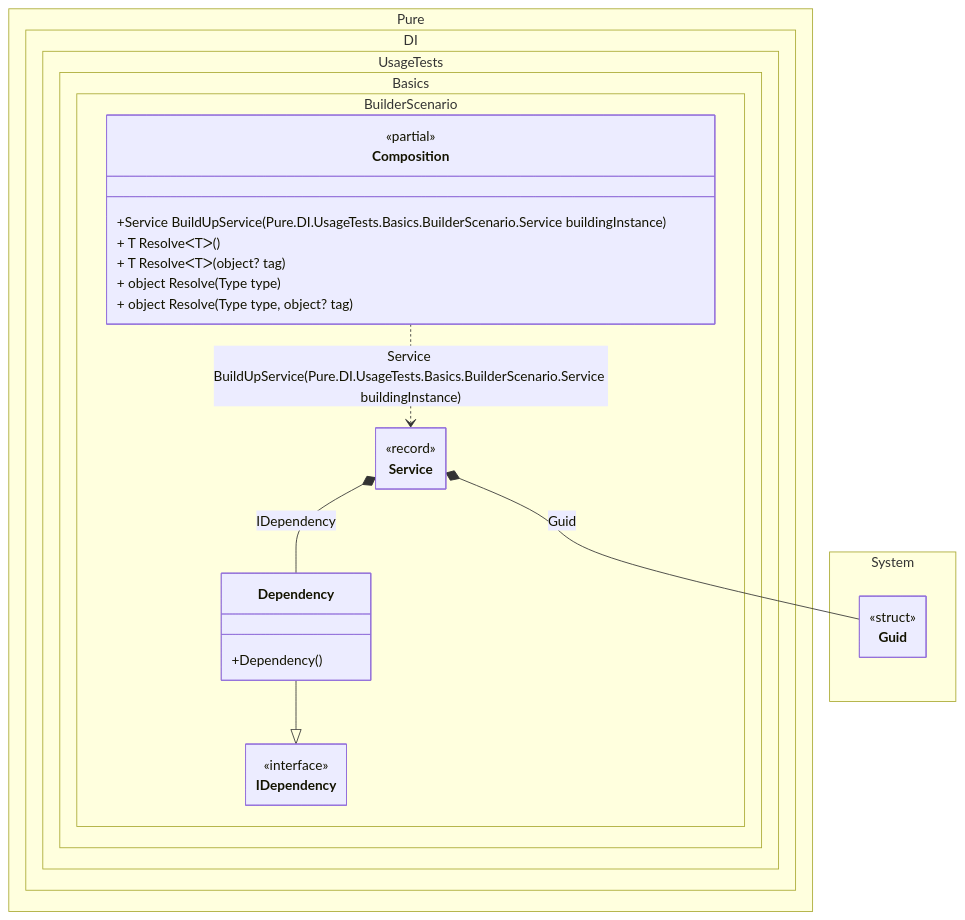
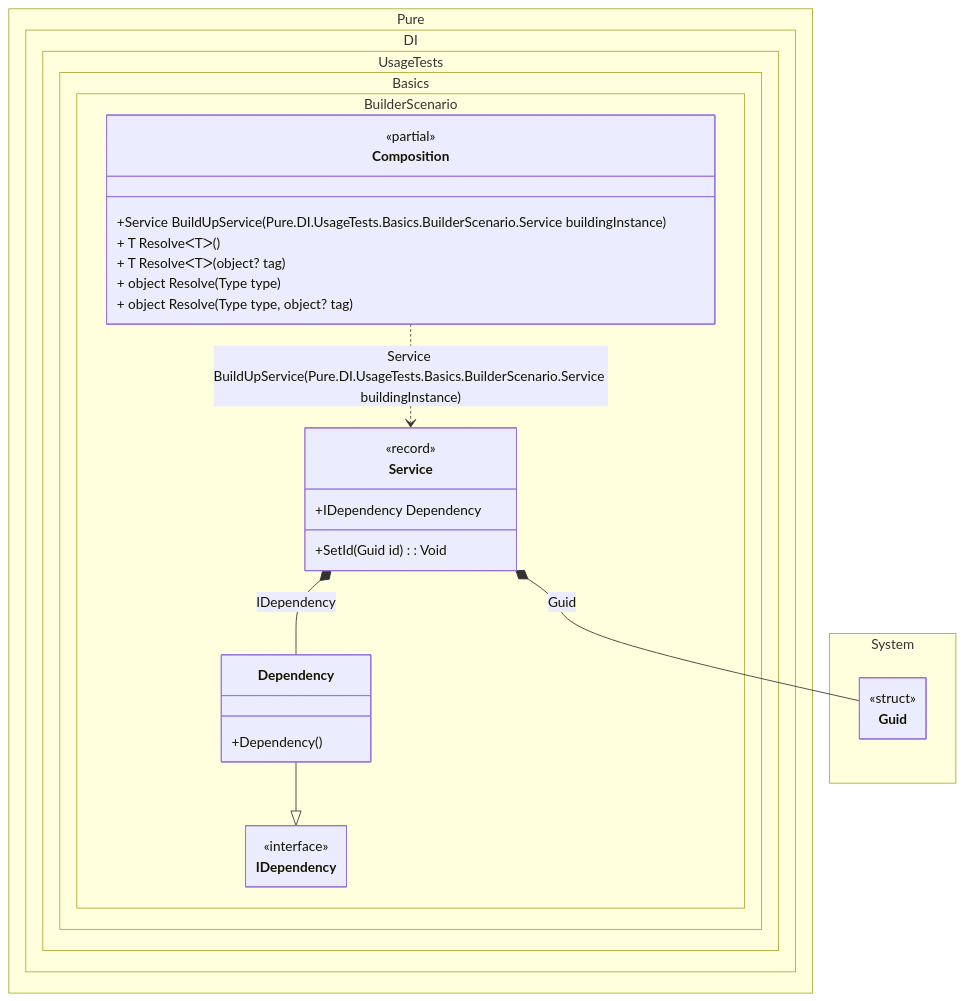
One commit to DevTeam/Pure.DI changed the diagram in readme/builder.md. Above: the diagram before and after it, drawn with Mermaid. The commit also changed 113 other files, not shown here.

````diff
--- a/readme/builder.md
+++ b/readme/builder.md
@@ -151,36 +151,38 @@
 ```mermaid
 ---
  config:
   class:
    hideEmptyMembersBox: true
 ---
 classDiagram
 	Dependency --|> IDependency
 	Composition ..> Service : Service BuildUpService(Pure.DI.UsageTests.Basics.BuilderScenario.Service buildingInstance)
+	Service *--  Guid : Guid
 	Service *--  Dependency : IDependency
-	Service *--  Guid : Guid
 	namespace Pure.DI.UsageTests.Basics.BuilderScenario {
 		class Composition {
 		<<partial>>
 		+Service BuildUpService(Pure.DI.UsageTests.Basics.BuilderScenario.Service buildingInstance)
 		+ T ResolveᐸTᐳ()
 		+ T ResolveᐸTᐳ(object? tag)
 		+ object Resolve(Type type)
 		+ object Resolve(Type type, object? tag)
 		}
 		class Dependency {
 			+Dependency()
 		}
 		class IDependency {
 			<<interface>>
 		}
 		class Service {
-			<<record>>
+				<<record>>
+			+IDependency Dependency
+			+SetId(Guid id) : Void
 		}
 	}
 	namespace System {
 		class Guid {
 				<<struct>>
 		}
 	}
 ```
````
